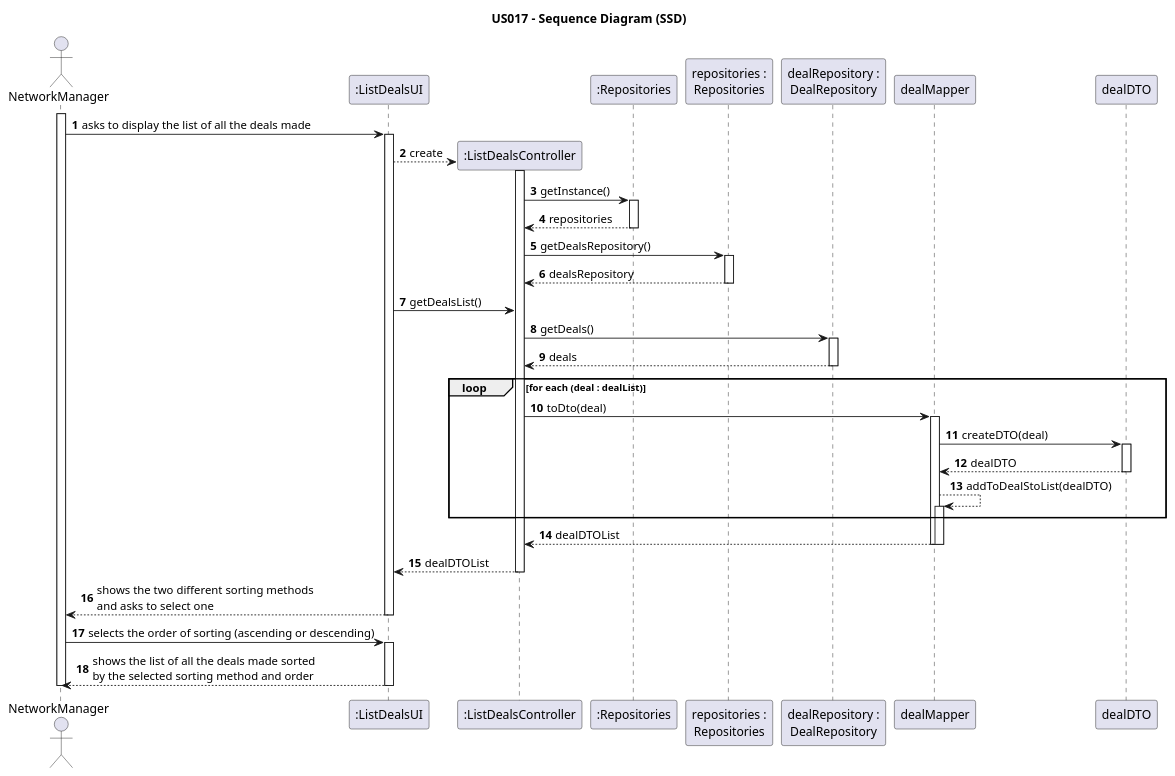
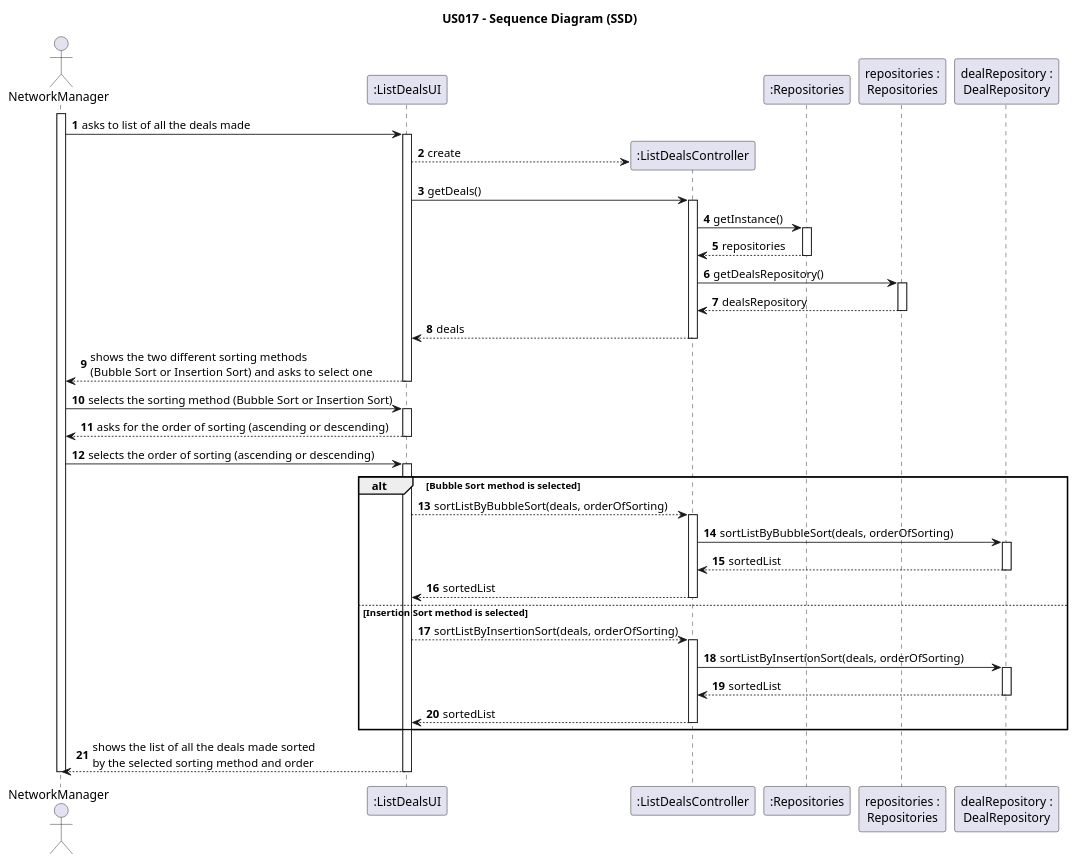
One commit to 1220812/LAPR2 changed the diagram in docs/sprintD/us017/03.design/puml/us017-sequence-diagram-full.puml. Above: the diagram before and after it, drawn with PlantUML. The commit also changed 5 other files, not shown here.

Commit message:
Sequence diagram from the US017 finalized

```diff
--- a/docs/sprintD/us017/03.design/puml/us017-sequence-diagram-full.puml
+++ b/docs/sprintD/us017/03.design/puml/us017-sequence-diagram-full.puml
@@ -1,96 +1,104 @@
 @startuml
 autonumber
 
 title US017 - Sequence Diagram (SSD)
 
 actor "NetworkManager" as NM
 participant ":ListDealsUI" as UI
 participant ":ListDealsController" as Controller
 
 participant ":Repositories" as PLAT
 participant "repositories :\nRepositories" as REP
 participant "dealRepository :\nDealRepository" as DR
-participant "dealMapper" as DEALMAPPER
-participant "dealDTO" as DEALDTO
-
 
 activate NM
 
-    NM -> UI : asks to display the list of all the deals made
+    NM -> UI : asks to list of all the deals made
 
     activate UI
 
     UI --> Controller** : create
+
+    UI -> Controller : getDeals()
 
     activate Controller
 
     Controller -> PLAT : getInstance()
 
     activate PLAT
 
     PLAT --> Controller : repositories
 
     deactivate PLAT
 
     Controller -> REP : getDealsRepository()
 
     activate REP
 
     REP --> Controller : dealsRepository
 
     deactivate REP
 
-    UI -> Controller : getDealsList()
-
-    Controller -> DR : getDeals()
-
-    activate DR
-
-    DR --> Controller : deals
-
-    deactivate DR
-
-    loop for each (deal : dealList)
-
-    Controller -> DEALMAPPER : toDto(deal)
-
-    activate DEALMAPPER
-
-    DEALMAPPER -> DEALDTO : createDTO(deal)
-
-    activate DEALDTO
-
-    DEALDTO --> DEALMAPPER : dealDTO
-
-    deactivate DEALDTO
-
-    DEALMAPPER --> DEALMAPPER : addToDealStoList(dealDTO)
-    activate DEALMAPPER
-
-    end
-
-    DEALMAPPER --> Controller : dealDTOList
-
-    deactivate DEALMAPPER
-
-    deactivate DEALMAPPER
-
-    Controller --> UI : dealDTOList
+    Controller --> UI : deals
 
     deactivate Controller
 
-        UI --> NM : shows the two different sorting methods \nand asks to select one
+        UI --> NM : shows the two different sorting methods \n(Bubble Sort or Insertion Sort) and asks to select  one
+
+    deactivate UI
+
+    NM -> UI : selects the sorting method (Bubble Sort or Insertion Sort)
+
+    activate UI
+
+    UI --> NM : asks for the order of sorting (ascending or descending)
 
     deactivate UI
 
     NM -> UI : selects the order of sorting (ascending or descending)
+     alt Bubble Sort method is selected
 
-    activate UI
+        activate UI
+
+        UI --> Controller : sortListByBubbleSort(deals, orderOfSorting)
+
+        activate Controller
+
+        Controller -> DR : sortListByBubbleSort(deals, orderOfSorting)
+
+        activate DR
+
+        DR --> Controller : sortedList
+
+        deactivate DR
+
+        Controller --> UI : sortedList
+
+        deactivate Controller
+
+     else Insertion Sort method is selected
+
+             UI --> Controller : sortListByInsertionSort(deals, orderOfSorting)
+
+             activate Controller
+
+             Controller -> DR : sortListByInsertionSort(deals, orderOfSorting)
+
+             activate DR
+
+             DR --> Controller : sortedList
+
+             deactivate DR
+
+             Controller --> UI : sortedList
+
+             deactivate Controller
+     end
 
     UI --> NM : shows the list of all the deals made sorted \nby the selected sorting method and order
 
     deactivate UI
 
 deactivate NM
 
 @enduml
```
